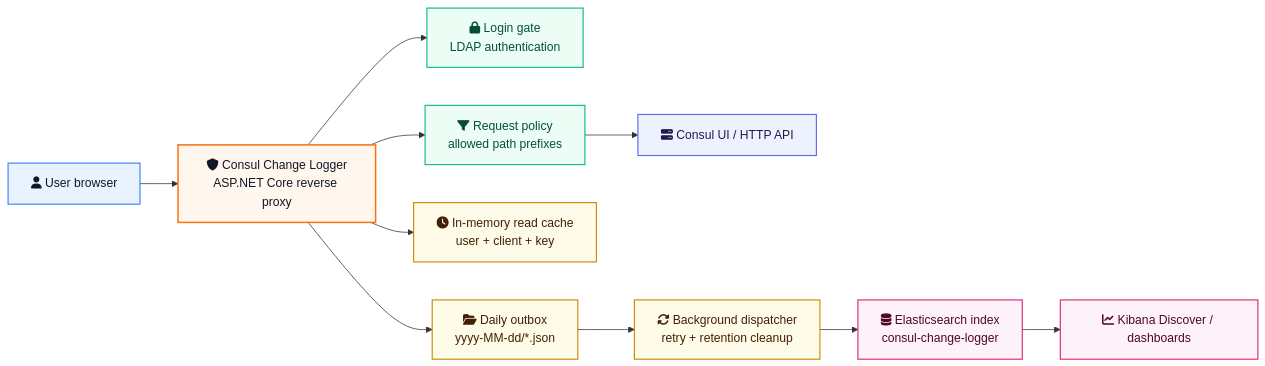
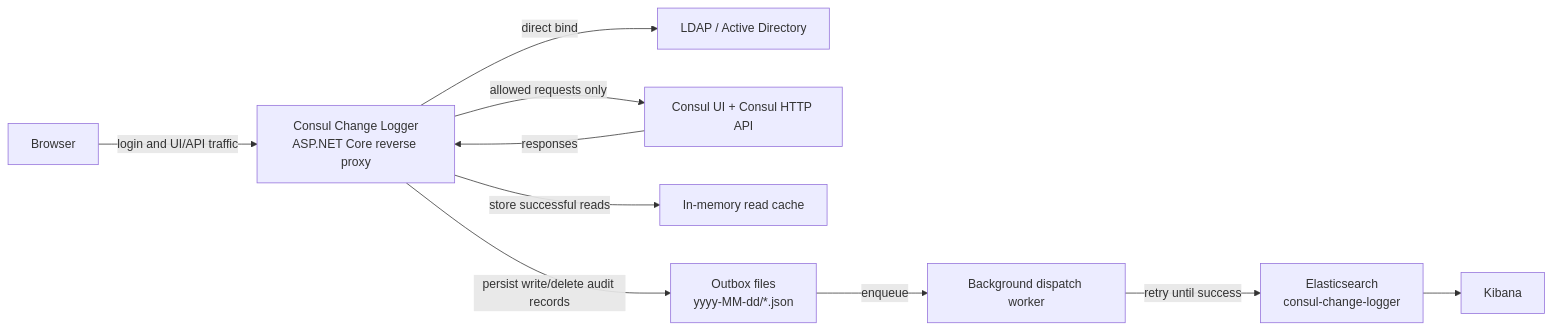
The first of 3 diagrams in docs/architecture.md (sinanakyazici/ConsulChangeLogger), drawn with Mermaid before and after one commit. The commit also changed other lines of this file and 2 other files, not shown here.

Commit message:
Refresh README and architecture documentation

````diff
--- a/docs/architecture.md
+++ b/docs/architecture.md
@@ -5,37 +9,22 @@
 ```mermaid
 flowchart LR
-    browser["fa:fa-user User browser"]
-    proxy["fa:fa-shield Consul Change Logger<br/>ASP.NET Core reverse proxy"]
-    auth["fa:fa-lock Login gate<br/>LDAP authentication"]
-    policy["fa:fa-filter Request policy<br/>allowed path prefixes"]
-    consul["fa:fa-server Consul UI / HTTP API"]
-    readcache["fa:fa-clock In-memory read cache<br/>user + client + key"]
-    outbox["fa:fa-folder-open Daily outbox<br/>yyyy-MM-dd/*.json"]
-    dispatcher["fa:fa-rotate Background dispatcher<br/>retry + retention cleanup"]
-    elastic["fa:fa-database Elasticsearch index<br/>consul-change-logger"]
-    kibana["fa:fa-chart-line Kibana Discover / dashboards"]
+    browser["Browser"]
+    proxy["Consul Change Logger<br/>ASP.NET Core reverse proxy"]
+    ldap["LDAP / Active Directory"]
+    consul["Consul UI + Consul HTTP API"]
+    cache["In-memory read cache"]
+    outbox["Outbox files<br/>yyyy-MM-dd/*.json"]
+    worker["Background dispatch worker"]
+    elastic["Elasticsearch<br/>consul-change-logger"]
+    kibana["Kibana"]
 
-    browser --> proxy
-    proxy --> auth
-    proxy --> policy
-    policy --> consul
-    proxy --> readcache
-    proxy --> outbox
-    outbox --> dispatcher
-    dispatcher --> elastic
+    browser -->|login and UI/API traffic| proxy
+    proxy -->|direct bind| ldap
+    proxy -->|allowed requests only| consul
+    consul -->|responses| proxy
+    proxy -->|store successful reads| cache
+    proxy -->|persist write/delete audit records| outbox
+    outbox -->|enqueue| worker
+    worker -->|retry until success| elastic
     elastic --> kibana
-
-    classDef userNode fill:#E8F3FF,stroke:#3B82F6,color:#0F172A,stroke-width:1.5px
-    classDef proxyNode fill:#FFF7ED,stroke:#F97316,color:#111827,stroke-width:2px
-    classDef securityNode fill:#ECFDF5,stroke:#10B981,color:#064E3B,stroke-width:1.5px
-    classDef consulNode fill:#EEF2FF,stroke:#6366F1,color:#1E1B4B,stroke-width:1.5px
-    classDef storageNode fill:#FEFCE8,stroke:#CA8A04,color:#422006,stroke-width:1.5px
-    classDef observeNode fill:#FDF2F8,stroke:#DB2777,color:#500724,stroke-width:1.5px
-
-    class browser userNode
-    class proxy proxyNode
-    class auth,policy securityNode
-    class consul consulNode
-    class readcache,outbox,dispatcher storageNode
-    class elastic,kibana observeNode
 ```
````
